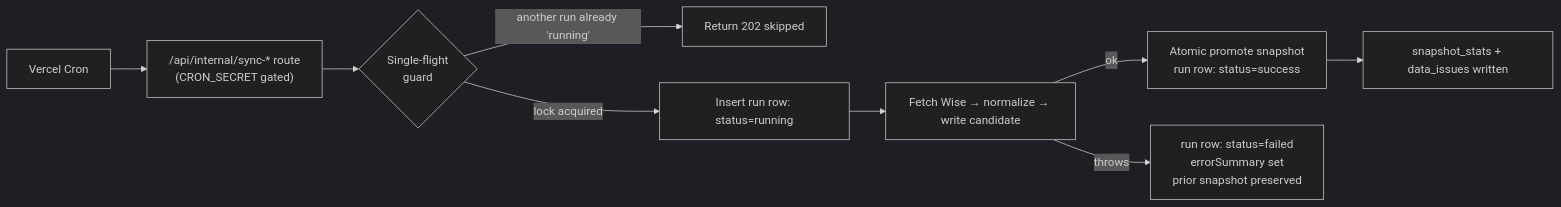
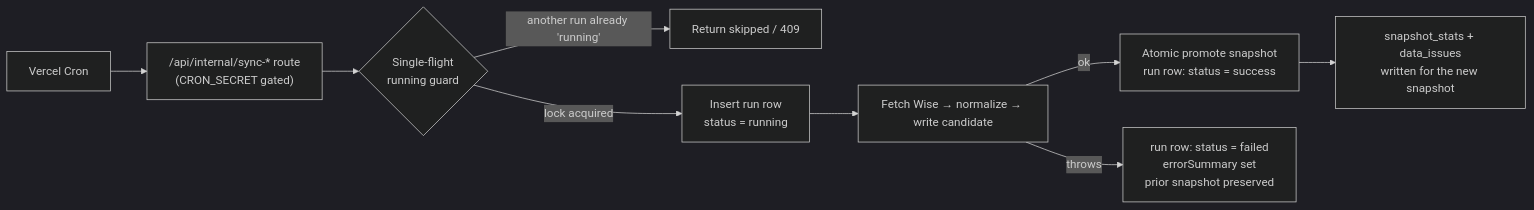
One commit to kasheesh711/bgscheduler changed the first of 4 diagrams in docs/operations/observability.md. Above: the diagram before and after it, drawn with Mermaid (dark theme). The commit also changed other lines of this file and 63 other files, not shown here.

````diff
--- a/docs/operations/observability.md
+++ b/docs/operations/observability.md
@@ -28,11 +30,11 @@
 ```mermaid
 flowchart LR
   cron[Vercel Cron] --> route["/api/internal/sync-* route<br/>(CRON_SECRET gated)"]
-  route --> guard{Single-flight<br/>guard}
-  guard -- "another run already 'running'" --> skip[Return 202 skipped]
-  guard -- "lock acquired" --> run[Insert run row: status=running]
+  route --> guard{Single-flight<br/>running guard}
+  guard -- "another run already 'running'" --> skip[Return skipped / 409]
+  guard -- "lock acquired" --> run["Insert run row<br/>status = running"]
   run --> work[Fetch Wise → normalize → write candidate]
-  work -- ok --> promote[Atomic promote snapshot<br/>run row: status=success]
-  work -- throws --> fail[run row: status=failed<br/>errorSummary set<br/>prior snapshot preserved]
-  promote --> stats[snapshot_stats + data_issues written]
+  work -- ok --> promote["Atomic promote snapshot<br/>run row: status = success"]
+  work -- throws --> fail["run row: status = failed<br/>errorSummary set<br/>prior snapshot preserved"]
+  promote --> stats["snapshot_stats + data_issues<br/>written for the new snapshot"]
 ```
````
